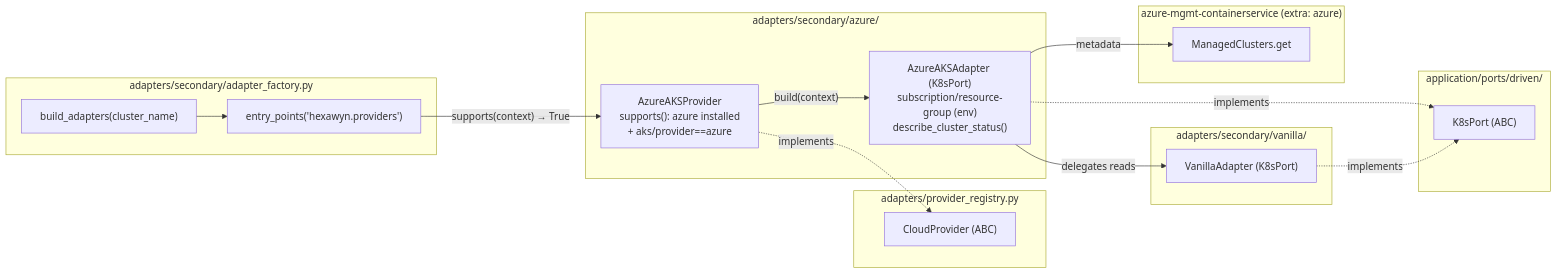
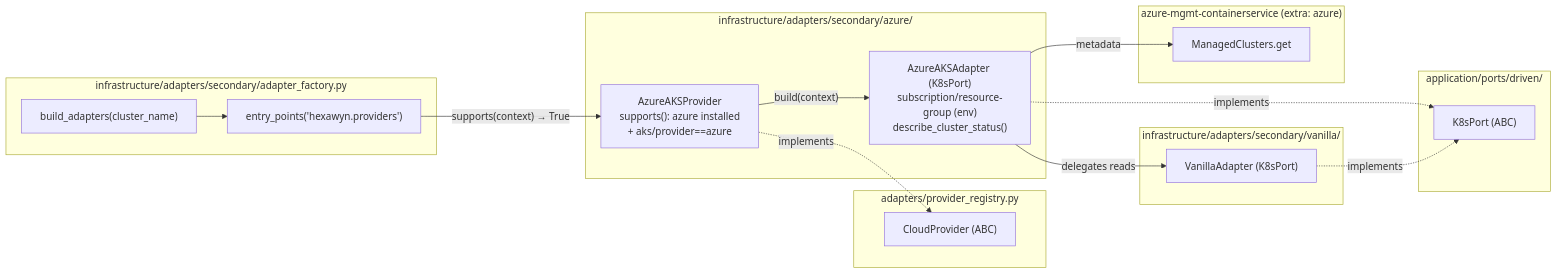
Before and after one commit to hexa-tools/hexawyn: the diagram in docs/architecture/diagrams/components/azure-aks-provider.md, drawn with Mermaid. The commit also changed other lines of this file and 7533 other files, not shown here.

````diff
--- a/docs/architecture/diagrams/components/azure-aks-provider.md
+++ b/docs/architecture/diagrams/components/azure-aks-provider.md
@@ -10,37 +10,37 @@
 ```mermaid
 flowchart LR
-    subgraph Factory["adapters/secondary/adapter_factory.py"]
+    subgraph Factory["infrastructure/adapters/secondary/adapter_factory.py"]
         BA["build_adapters(cluster_name)"]
         EP["entry_points('hexawyn.providers')"]
         BA --> EP
     end
 
     subgraph Registry["adapters/provider_registry.py"]
         CP["CloudProvider (ABC)"]
     end
 
-    subgraph Azure["adapters/secondary/azure/"]
+    subgraph Azure["infrastructure/adapters/secondary/azure/"]
         PROV["AzureAKSProvider<br/>supports(): azure installed<br/>+ aks/provider==azure"]
         ADAPTER["AzureAKSAdapter (K8sPort)<br/>subscription/resource-group (env)<br/>describe_cluster_status()"]
     end
 
-    subgraph Vanilla["adapters/secondary/vanilla/"]
+    subgraph Vanilla["infrastructure/adapters/secondary/vanilla/"]
         VAN["VanillaAdapter (K8sPort)"]
     end
 
     subgraph Port["application/ports/driven/"]
         K8S["K8sPort (ABC)"]
     end
 
     subgraph AzureSDK["azure-mgmt-containerservice (extra: azure)"]
         AKS["ManagedClusters.get"]
     end
 
     EP -->|"supports(context) → True"| PROV
     PROV -->|"build(context)"| ADAPTER
     PROV -.implements.-> CP
     ADAPTER -.implements.-> K8S
     ADAPTER -->|"delegates reads"| VAN
     ADAPTER -->|"metadata"| AKS
     VAN -.implements.-> K8S
 ```
````
